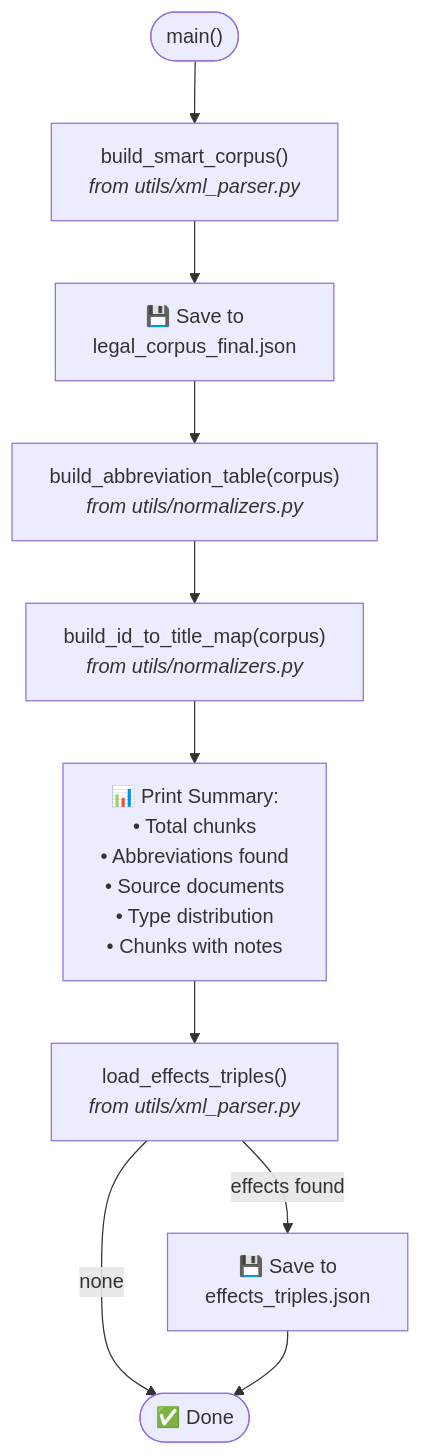
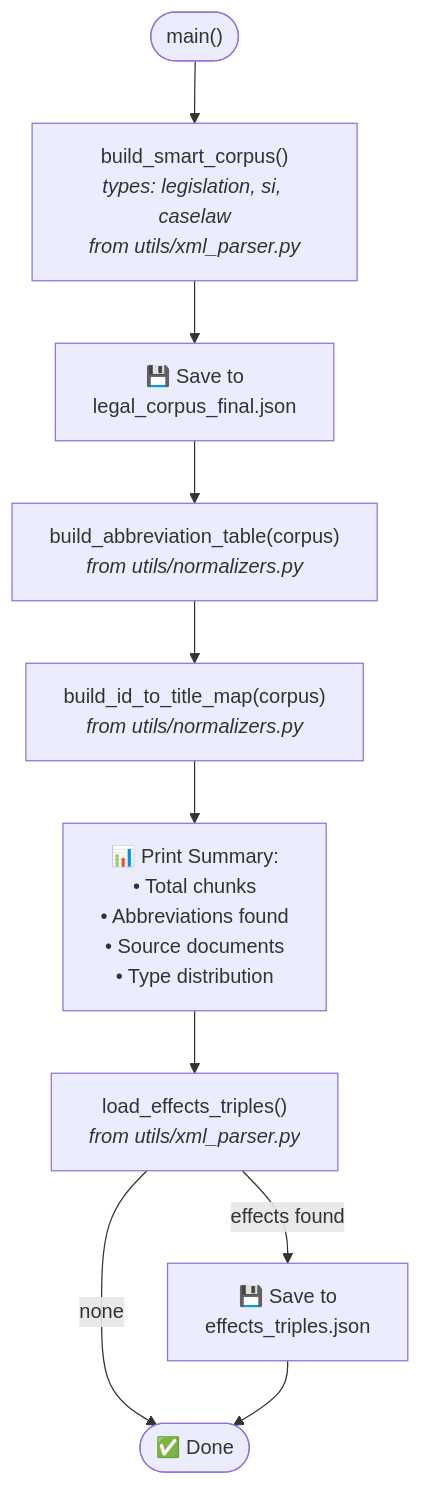
The first of 7 diagrams in documentation/03_corpus_building.md (suriya7913/PROJECT_app_ml), drawn with Mermaid before and after one commit. The commit also changed other lines of this file and 29 other files, not shown here.

Commit message:
Refactor pipeline to use multi-agent GraphRAG and update documentation

````diff
--- a/documentation/03_corpus_building.md
+++ b/documentation/03_corpus_building.md
@@ -11,12 +18,12 @@
 ```mermaid
 flowchart TD
-    START(["main()"]) --> PARSE["build_smart_corpus()<br/><i>from utils/xml_parser.py</i>"]
+    START(["main()"]) --> PARSE["build_smart_corpus()<br/><i>types: legislation, si, caselaw</i><br/><i>from utils/xml_parser.py</i>"]
     PARSE --> SAVE_CORPUS["💾 Save to<br/>legal_corpus_final.json"]
     SAVE_CORPUS --> ABBREV["build_abbreviation_table(corpus)<br/><i>from utils/normalizers.py</i>"]
     ABBREV --> IDMAP["build_id_to_title_map(corpus)<br/><i>from utils/normalizers.py</i>"]
-    IDMAP --> STATS["📊 Print Summary:<br/>• Total chunks<br/>• Abbreviations found<br/>• Source documents<br/>• Type distribution<br/>• Chunks with notes"]
+    IDMAP --> STATS["📊 Print Summary:<br/>• Total chunks<br/>• Abbreviations found<br/>• Source documents<br/>• Type distribution"]
     STATS --> EFFECTS["load_effects_triples()<br/><i>from utils/xml_parser.py</i>"]
     EFFECTS -->|"effects found"| SAVE_EFF["💾 Save to<br/>effects_triples.json"]
     EFFECTS -->|"none"| DONE
     SAVE_EFF --> DONE(["✅ Done"])
 ```
````
